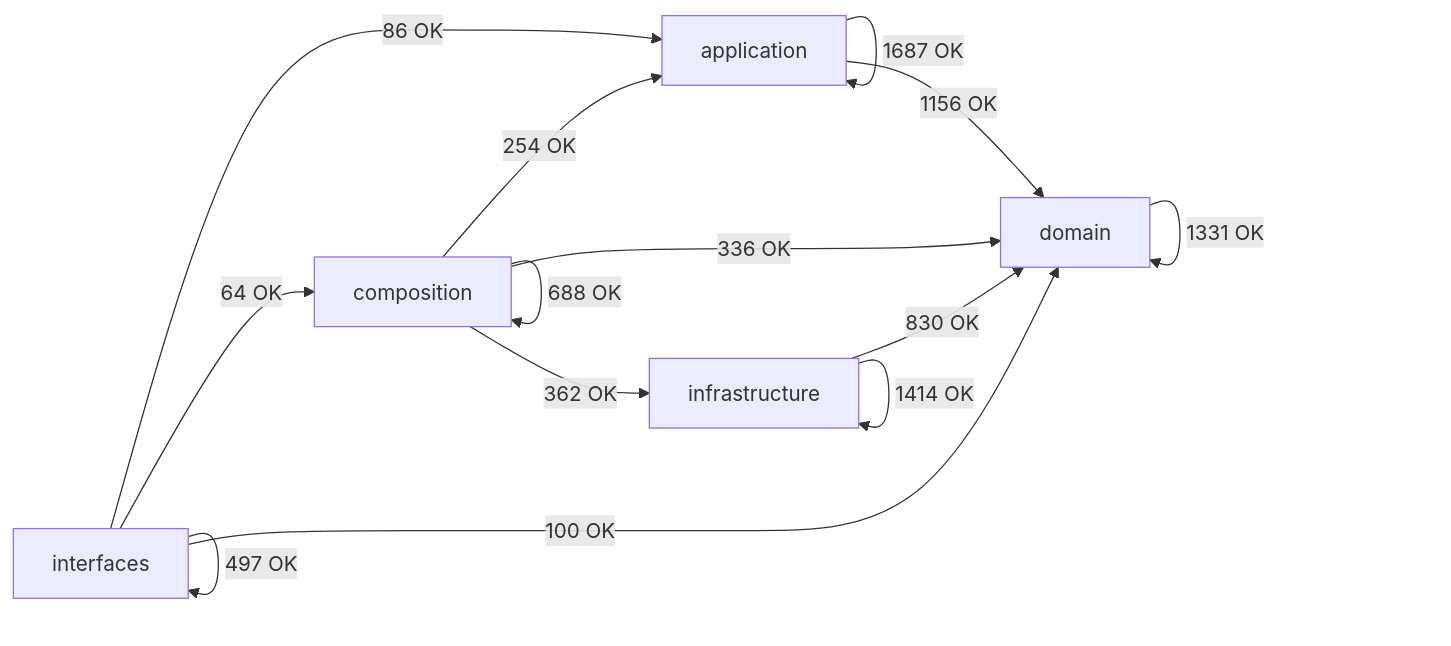
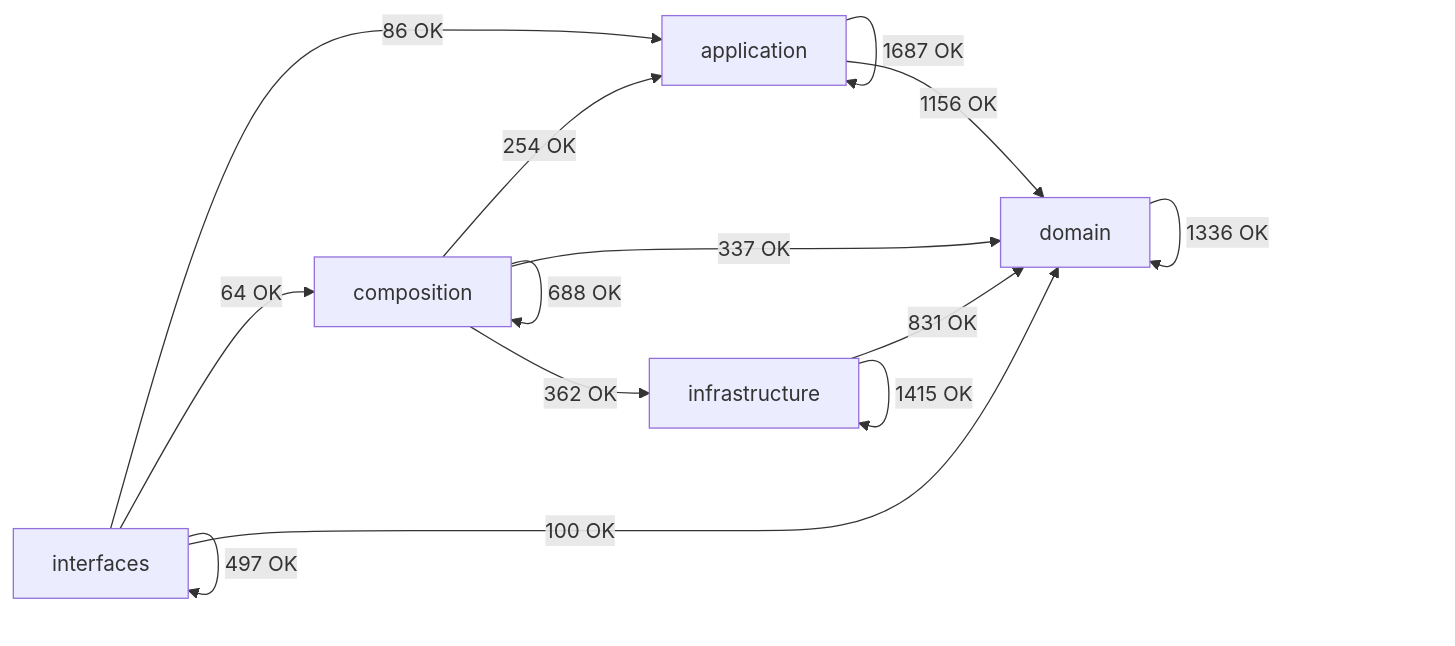
One commit to SatoryKono/BioactivityDataAcquisition changed the diagram in docs/02-architecture/generated/module-dependency-map.md. Above: the diagram before and after it, drawn with Mermaid. The commit also changed other lines of this file and 1 other file, not shown here.

Commit message:
docs(architecture): regenerate dependency map for target 3.2

````diff
--- a/docs/02-architecture/generated/module-dependency-map.md
+++ b/docs/02-architecture/generated/module-dependency-map.md
@@ -17,21 +17,21 @@
 ```mermaid
 flowchart LR
     domain[domain]
     application[application]
     infrastructure[infrastructure]
     composition[composition]
     interfaces[interfaces]
     application -->|1687 OK| application
     application -->|1156 OK| domain
     composition -->|254 OK| application
     composition -->|688 OK| composition
-    composition -->|336 OK| domain
+    composition -->|337 OK| domain
     composition -->|362 OK| infrastructure
-    domain -->|1331 OK| domain
-    infrastructure -->|830 OK| domain
-    infrastructure -->|1414 OK| infrastructure
+    domain -->|1336 OK| domain
+    infrastructure -->|831 OK| domain
+    infrastructure -->|1415 OK| infrastructure
     interfaces -->|86 OK| application
     interfaces -->|64 OK| composition
     interfaces -->|100 OK| domain
     interfaces -->|497 OK| interfaces
 ```
````
